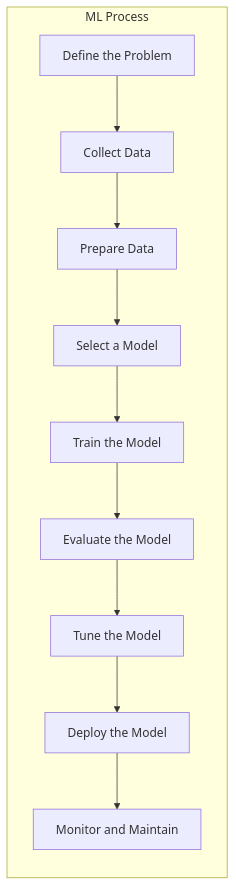
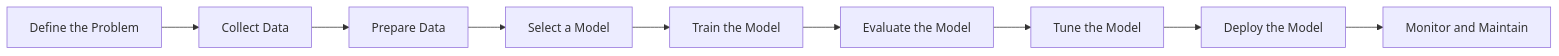
Before and after one commit to Reefwing-Software/Embedded-AI: the diagram in images/ML_process.md, drawn with Mermaid.

````diff
--- a/images/ML_process.md
+++ b/images/ML_process.md
@@ -8,13 +8,11 @@
 ```mermaid
 graph LR
-    subgraph ML Process
-        A[Define the Problem] --> B[Collect Data]
-        B --> C[Prepare Data]
-        C --> D[Select a Model]
-        D --> E[Train the Model]
-        E --> F[Evaluate the Model]
-        F --> G[Tune the Model]
-        G --> H[Deploy the Model]
-        H --> I[Monitor and Maintain]
-    end
+    A[Define the Problem] --> B[Collect Data]
+    B --> C[Prepare Data]
+    C --> D[Select a Model]
+    D --> E[Train the Model]
+    E --> F[Evaluate the Model]
+    F --> G[Tune the Model]
+    G --> H[Deploy the Model]
+    H --> I[Monitor and Maintain]
 ```
````
